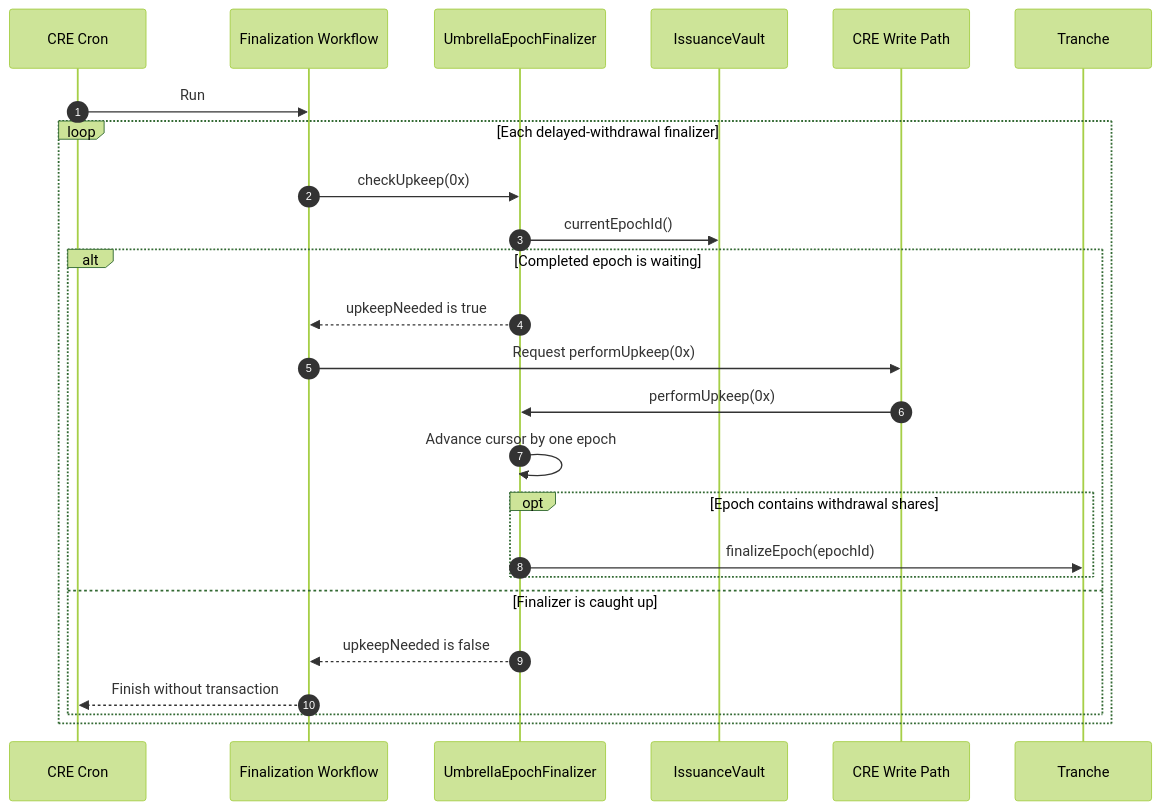
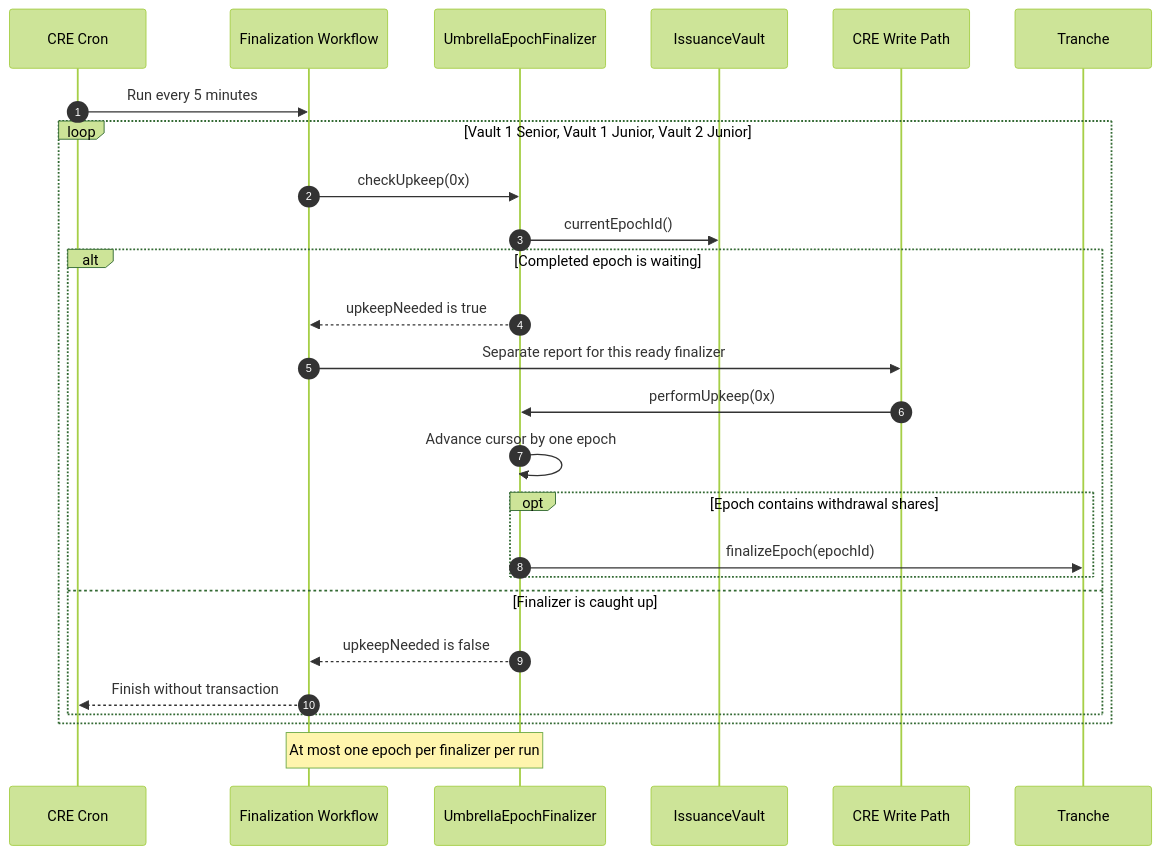
The diagram in integration-docs/cre-automation-diagrams/04-withdrawal-finalization.mmd (mezzanine-finance/smart-contracts), drawn with Mermaid (forest theme) before and after one commit. The commit also changed 11 other files, not shown here.

Commit message:
docs: align CRE automation flows with agreed scope

```diff
--- a/integration-docs/cre-automation-diagrams/04-withdrawal-finalization.mmd
+++ b/integration-docs/cre-automation-diagrams/04-withdrawal-finalization.mmd
@@ -1,26 +1,27 @@
 sequenceDiagram
     autonumber
     participant Cron as CRE Cron
     participant WF as Finalization Workflow
     participant FIN as UmbrellaEpochFinalizer
     participant Vault as IssuanceVault
     participant Path as CRE Write Path
     participant Tranche
 
-    Cron->>WF: Run
-    loop Each delayed-withdrawal finalizer
+    Cron->>WF: Run every 5 minutes
+    loop Vault 1 Senior, Vault 1 Junior, Vault 2 Junior
         WF->>FIN: checkUpkeep(0x)
         FIN->>Vault: currentEpochId()
         alt Completed epoch is waiting
             FIN-->>WF: upkeepNeeded is true
-            WF->>Path: Request performUpkeep(0x)
+            WF->>Path: Separate report for this ready finalizer
             Path->>FIN: performUpkeep(0x)
             FIN->>FIN: Advance cursor by one epoch
             opt Epoch contains withdrawal shares
                 FIN->>Tranche: finalizeEpoch(epochId)
             end
         else Finalizer is caught up
             FIN-->>WF: upkeepNeeded is false
             WF-->>Cron: Finish without transaction
         end
     end
+    Note over WF,FIN: At most one epoch per finalizer per run
```
